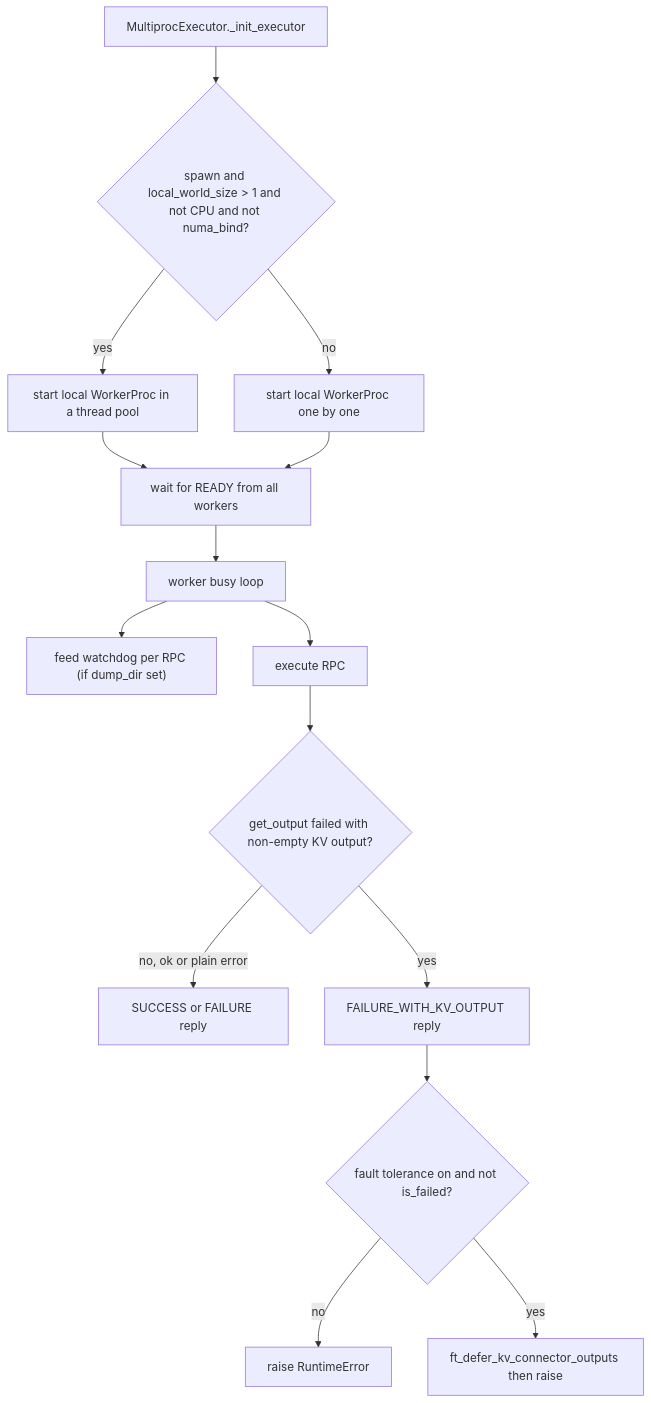
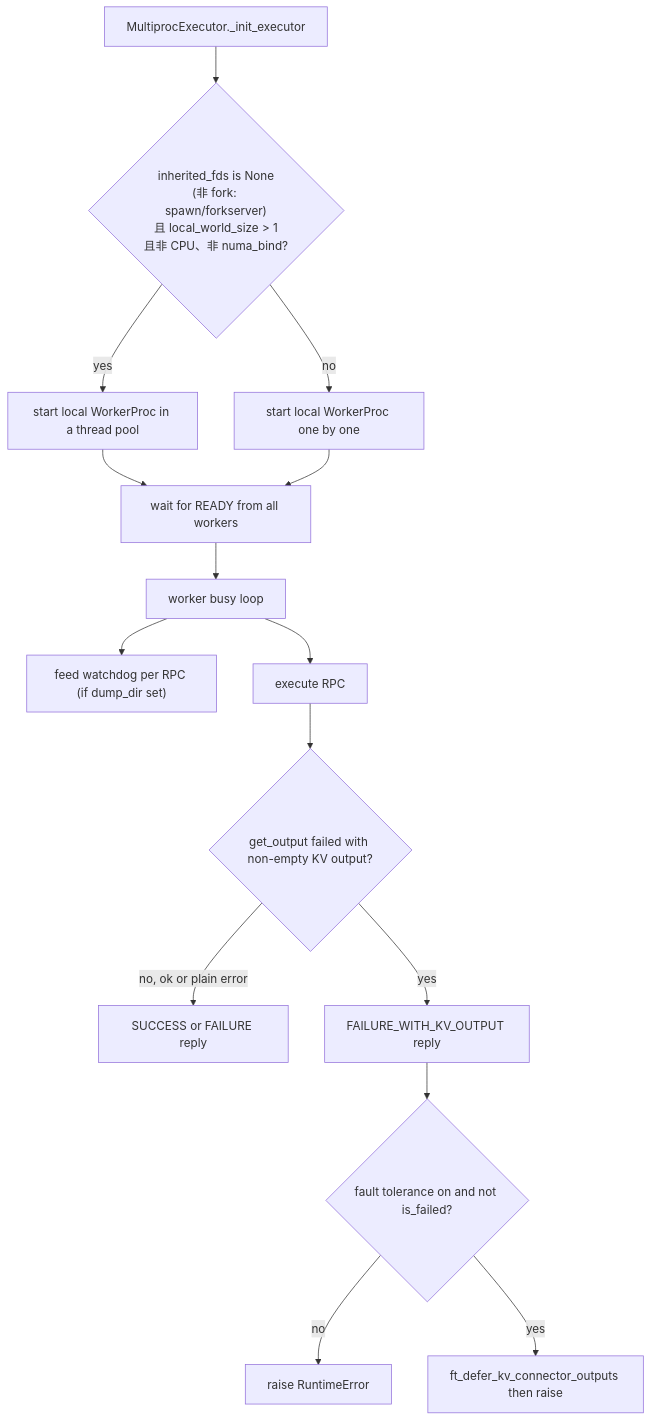
The ninth of 43 diagrams in book/07-model-execution/README.md (cluster1900/vllm_reader), drawn with Mermaid before and after one commit. The commit also changed other lines of this file and 1 other file, not shown here.

Commit message:
docs: ch07/ch08 按评审修正行号、措辞与图（B2 r2, bot-hub #127）

````diff
--- a/book/07-model-execution/README.md
+++ b/book/07-model-execution/README.md
@@ -381,17 +381,17 @@
 ```mermaid
 flowchart TD
-    START["MultiprocExecutor._init_executor"] --> CAN{"spawn and local_world_size > 1 and not CPU and not numa_bind?"}
+    START["MultiprocExecutor._init_executor"] --> CAN{"inherited_fds is None<br/>(非 fork: spawn/forkserver)<br/>且 local_world_size > 1<br/>且非 CPU、非 numa_bind?"}
     CAN -->|yes| PAR["start local WorkerProc in a thread pool"]
     CAN -->|no| SEQ["start local WorkerProc one by one"]
     PAR --> READY["wait for READY from all workers"]
     SEQ --> READY
     READY --> LOOP["worker busy loop"]
     LOOP --> FEED["feed watchdog per RPC (if dump_dir set)"]
     LOOP --> RPC["execute RPC"]
     RPC --> ERR{"get_output failed with non-empty KV output?"}
     ERR -->|no, ok or plain error| REPLY["SUCCESS or FAILURE reply"]
     ERR -->|yes| KVF["FAILURE_WITH_KV_OUTPUT reply"]
     KVF --> FT{"fault tolerance on and not is_failed?"}
     FT -->|no| RAISE["raise RuntimeError"]
     FT -->|yes| DEFER["ft_defer_kv_connector_outputs then raise"]
 ```
````
